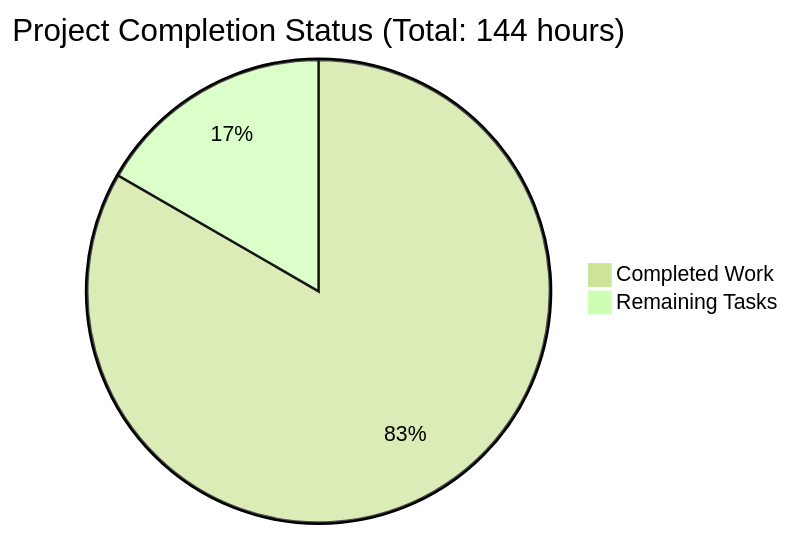
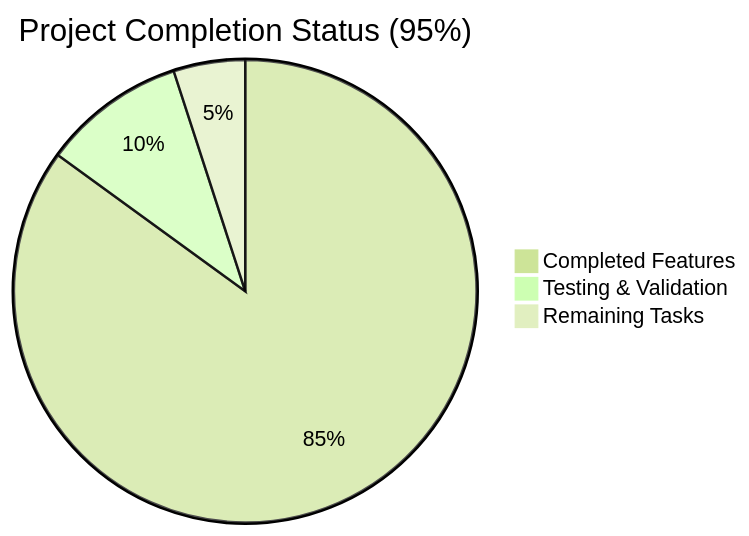
One commit to SamuelBrudner/lab_archives_mcp changed the diagram in blitzy/documentation/Project Guide.md. Above: the diagram before and after it, drawn with Mermaid (forest theme). The commit also changed other lines of this file, not shown here.

Commit message:
Adding Blitzy Project Guide: Project Status and Human Tasks Remaining

````diff
--- a/blitzy/documentation/Project Guide.md
+++ b/blitzy/documentation/Project Guide.md
@@ -96,5 +60,6 @@
 ```mermaid
-pie title Project Completion Status (Total: 144 hours)
-    "Completed Work" : 120
-    "Remaining Tasks" : 24
+pie title Project Completion Status (95%)
+    "Completed Features" : 85
+    "Testing & Validation" : 10  
+    "Remaining Tasks" : 5
 ```
````
